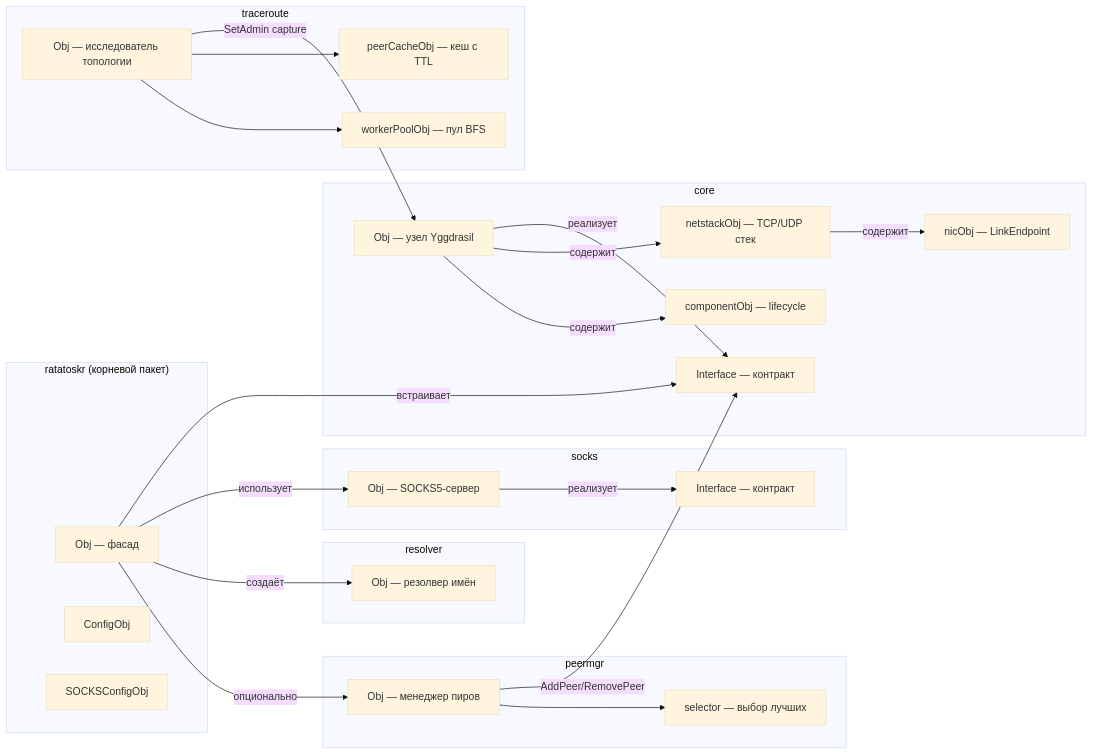
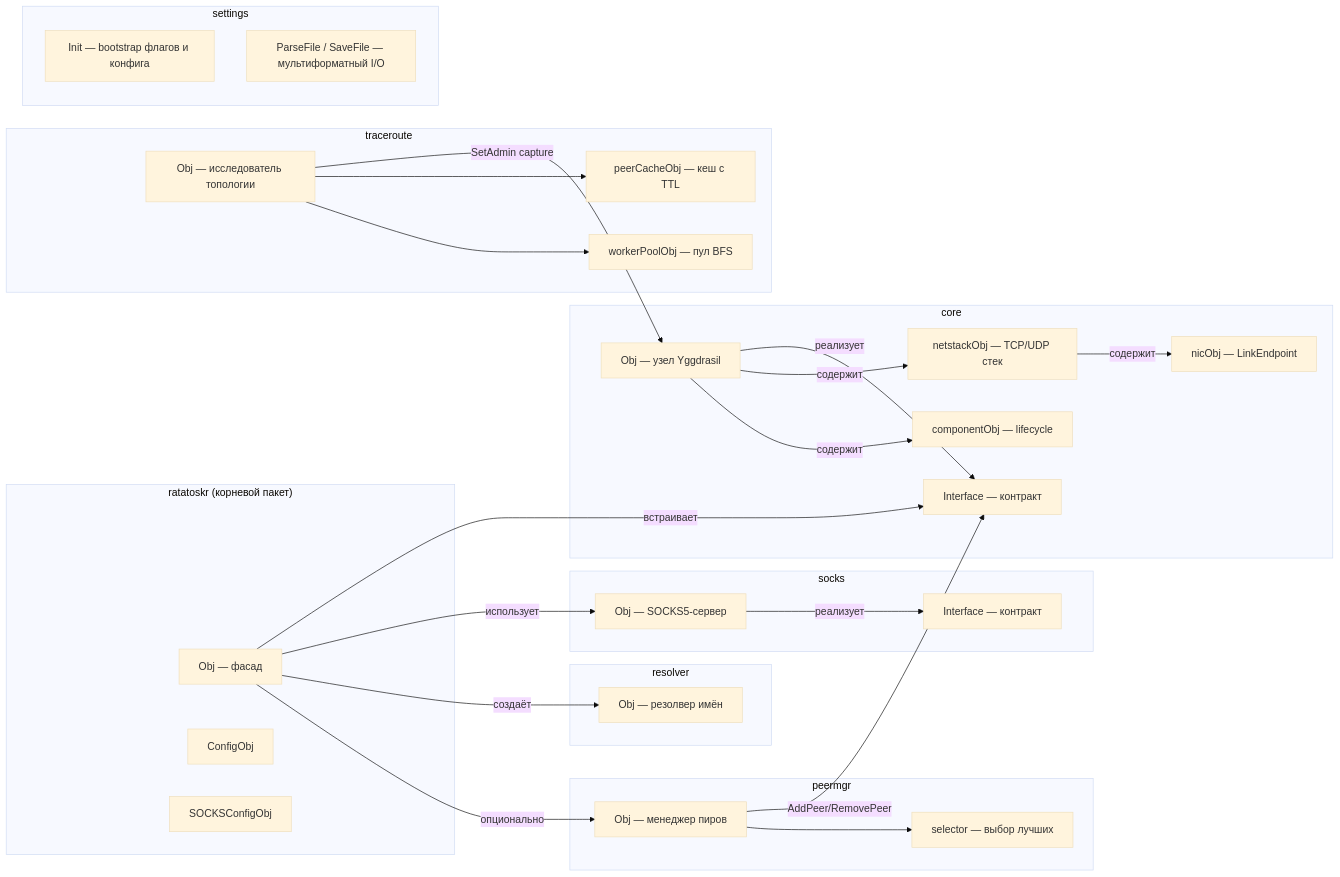
The fourth of 16 diagrams in README.RU.md (voluminor/ratatoskr), drawn with Mermaid (base theme) before and after one commit. The commit also changed other lines of this file and 55 other files, not shown here.

````diff
--- a/README.RU.md
+++ b/README.RU.md
@@ -264,51 +266,56 @@
 ```mermaid
 graph LR
 subgraph "ratatoskr (корневой пакет)"
 A[Obj — фасад]
 B[ConfigObj]
 C[SOCKSConfigObj]
 end
 
 subgraph "core"
 D[Obj — узел Yggdrasil]
 E[Interface — контракт]
 F[netstackObj — TCP/UDP стек]
 G[nicObj — LinkEndpoint]
 H[componentObj — lifecycle]
 end
 
 subgraph "peermgr"
 PM[Obj — менеджер пиров]
 SEL[selector — выбор лучших]
 end
 
 subgraph "resolver"
 I[Obj — резолвер имён]
 end
 
 subgraph "socks"
 J[Obj — SOCKS5-сервер]
 K[Interface — контракт]
 end
 
 subgraph "traceroute"
 TR[Obj — исследователь топологии]
 CACHE[peerCacheObj — кеш с TTL]
 POOL[workerPoolObj — пул BFS]
 end
 
+subgraph "settings"
+SINIT[Init — bootstrap флагов и конфига]
+SFILE[ParseFile / SaveFile — мультиформатный I/O]
+end
+
 A -->|встраивает|E
 A -->|использует|J
 A -->|создаёт|I
 A -->|опционально|PM
 PM -->|AddPeer/RemovePeer|E
 PM --> SEL
 D -->|реализует|E
 D -->|содержит|F
 F -->|содержит|G
 D -->|содержит|H
 J -->|реализует|K
 TR -->|SetAdmin capture|D
 TR --> CACHE
 TR --> POOL
 ```
````
